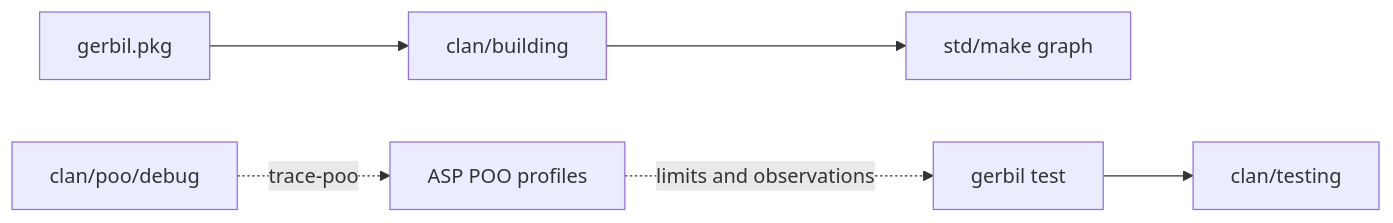
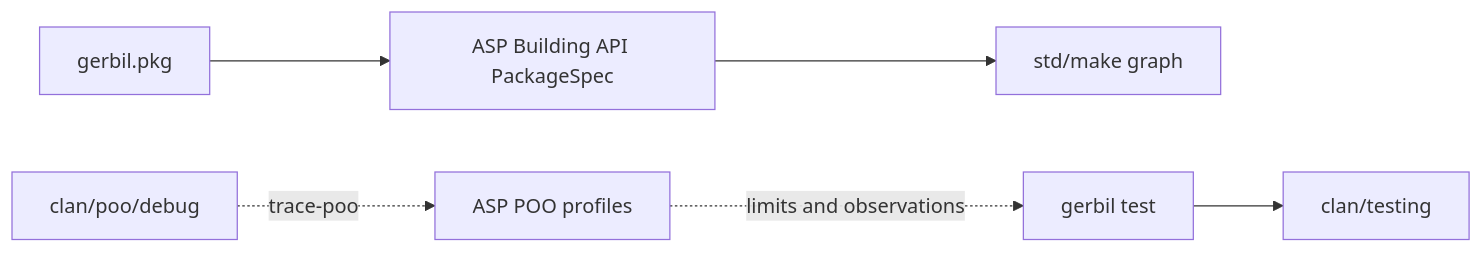
The diagram in docs/30-39-building/31.04-building-testing-framework-reflection.org (tao3k/asp-gerbil-scheme), drawn with Mermaid before and after one commit. The commit also changed other lines of this file and 49 other files, not shown here.

Commit message:
refactor(build): retire clan building ownership

```diff
--- a/docs/30-39-building/31.04-building-testing-framework-reflection.org
+++ b/docs/30-39-building/31.04-building-testing-framework-reflection.org
@@ -26,8 +26,8 @@
 #+begin_src mermaid
 flowchart LR
-  Package["gerbil.pkg"] --> Building["clan/building"]
+  Package["gerbil.pkg"] --> Building["ASP Building API PackageSpec"]
   Building --> Make["std/make graph"]
   CLI["gerbil test"] --> Testing["clan/testing"]
   Profiles["ASP POO profiles"] -. limits and observations .-> CLI
   Debug["clan/poo/debug"] -. trace-poo .-> Profiles
 #+end_src
```
